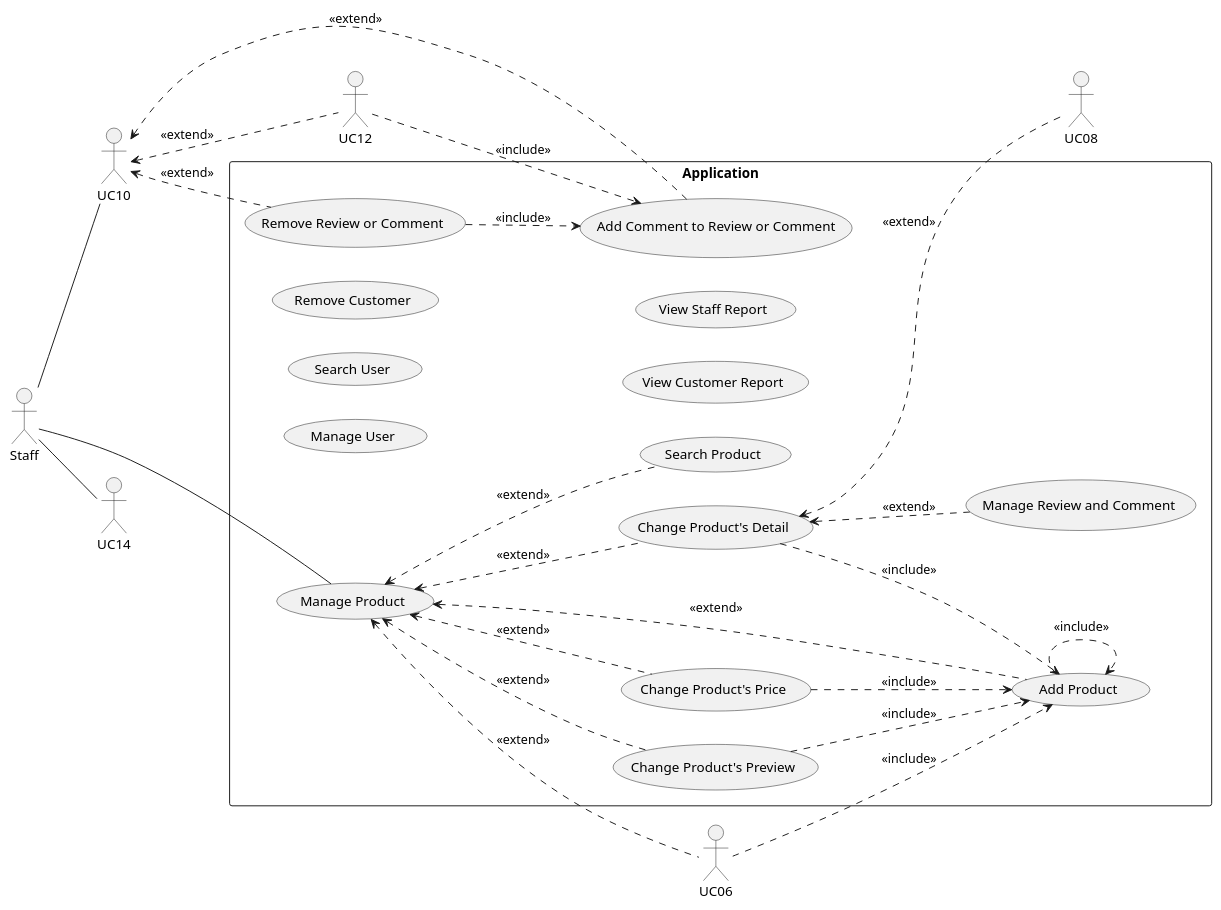
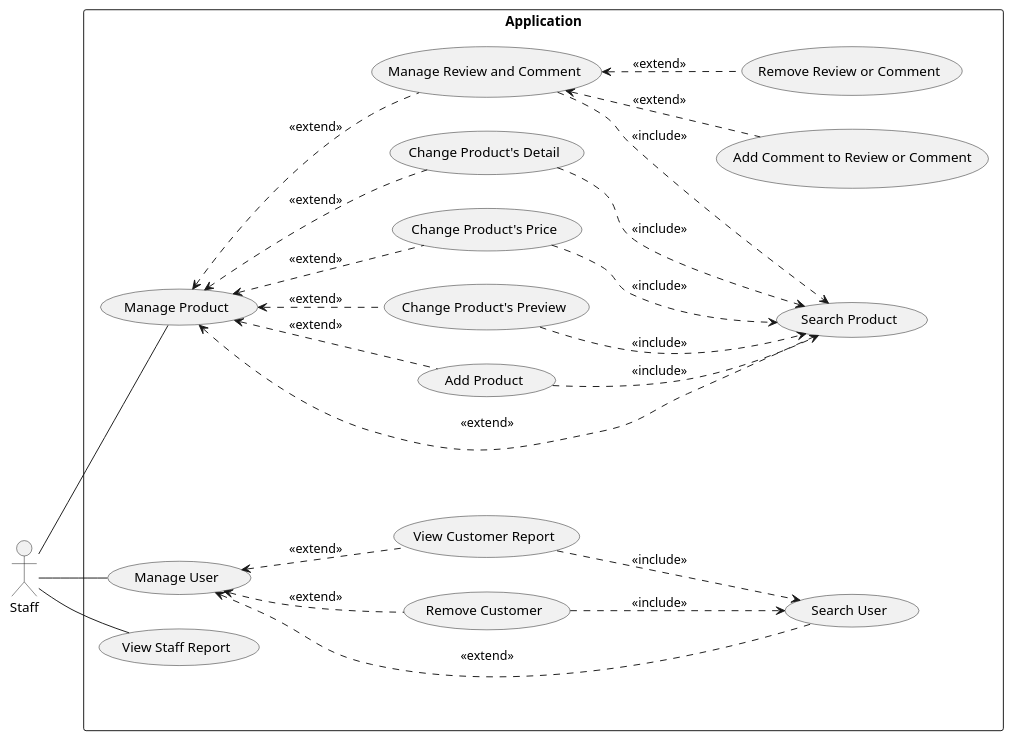
Before and after one commit to electricilies/electricilies.github.io: the diagram in docs/docs/usecase/staff.md, drawn with PlantUML. The commit also changed 1 other file, not shown here.

Commit message:
fix(usecase): staff and user g<C-a>

````diff
--- a/docs/docs/usecase/staff.md
+++ b/docs/docs/usecase/staff.md
@@ -3,47 +3,47 @@
 ```plantuml
 @startuml
 left to right direction
 actor Staff
 
 rectangle "Application" {
   usecase UC01 as "Manage Product"
   usecase UC02 as "Search Product"
   usecase UC03 as "Add Product"
   usecase UC04 as "Change Product's Preview"
   usecase UC05 as "Change Product's Price"
-  usecase UC07 as "Change Product's Detail"
-  usecase UC09 as "Manage Review and Comment"
-  usecase UC11 as "Add Comment to Review or Comment"
-  usecase UC13 as "Remove Review or Comment"
-  usecase UC15 as "Manage User"
-  usecase UC17 as "Search User"
-  usecase UC19 as "Remove Customer"
-  usecase UC21 as "View Customer Report"
-  usecase UC23 as "View Staff Report"
+  usecase UC06 as "Change Product's Detail"
+  usecase UC07 as "Manage Review and Comment"
+  usecase UC08 as "Add Comment to Review or Comment"
+  usecase UC09 as "Remove Review or Comment"
+  usecase UC10 as "Manage User"
+  usecase UC11 as "Search User"
+  usecase UC12 as "Remove Customer"
+  usecase UC13 as "View Customer Report"
+  usecase UC14 as "View Staff Report"
 }
 
 Staff -- UC01
 Staff -- UC10
 Staff -- UC14
 
 UC01 <.. UC02 : <<extend>>
 UC01 <.. UC03 : <<extend>>
 UC01 <.. UC04 : <<extend>>
 UC01 <.. UC05 : <<extend>>
 UC01 <.. UC06 : <<extend>>
 UC01 <.. UC07 : <<extend>>
-UC03 ..> UC03 : <<include>>
-UC04 ..> UC03 : <<include>>
-UC05 ..> UC03 : <<include>>
-UC06 ..> UC03 : <<include>>
-UC07 ..> UC03 : <<include>>
+UC03 ..> UC02 : <<include>>
+UC04 ..> UC02 : <<include>>
+UC05 ..> UC02 : <<include>>
+UC06 ..> UC02 : <<include>>
+UC07 ..> UC02 : <<include>>
 UC07 <.. UC08 : <<extend>>
 UC07 <.. UC09 : <<extend>>
 UC10 <.. UC11 : <<extend>>
 UC10 <.. UC12 : <<extend>>
 UC10 <.. UC13 : <<extend>>
 UC12 ..> UC11 : <<include>>
 UC13 ..> UC11 : <<include>>
 
 @enduml
 ```
````
